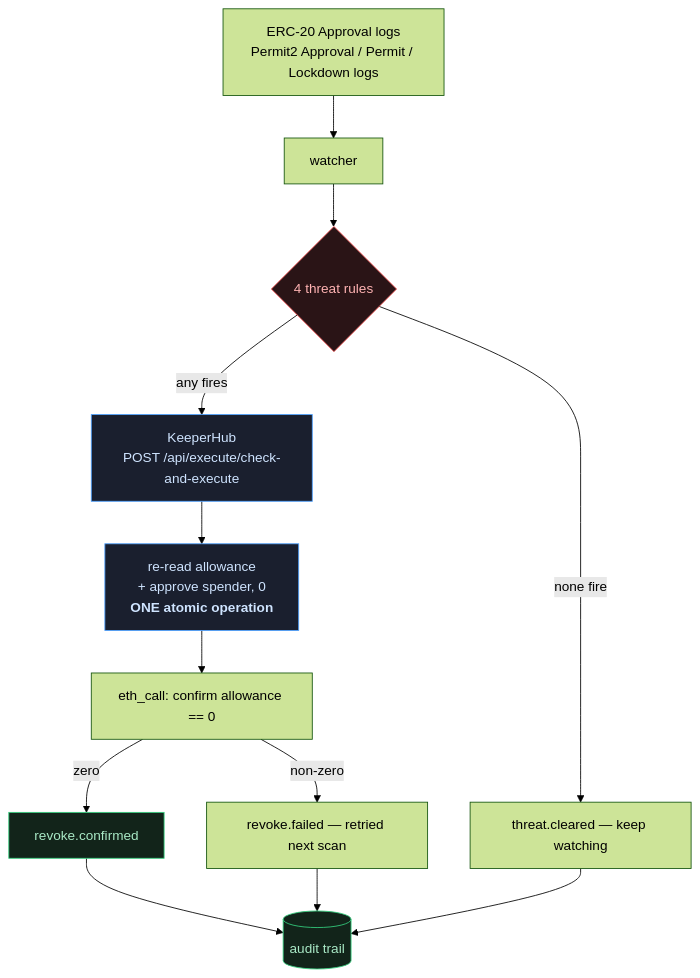
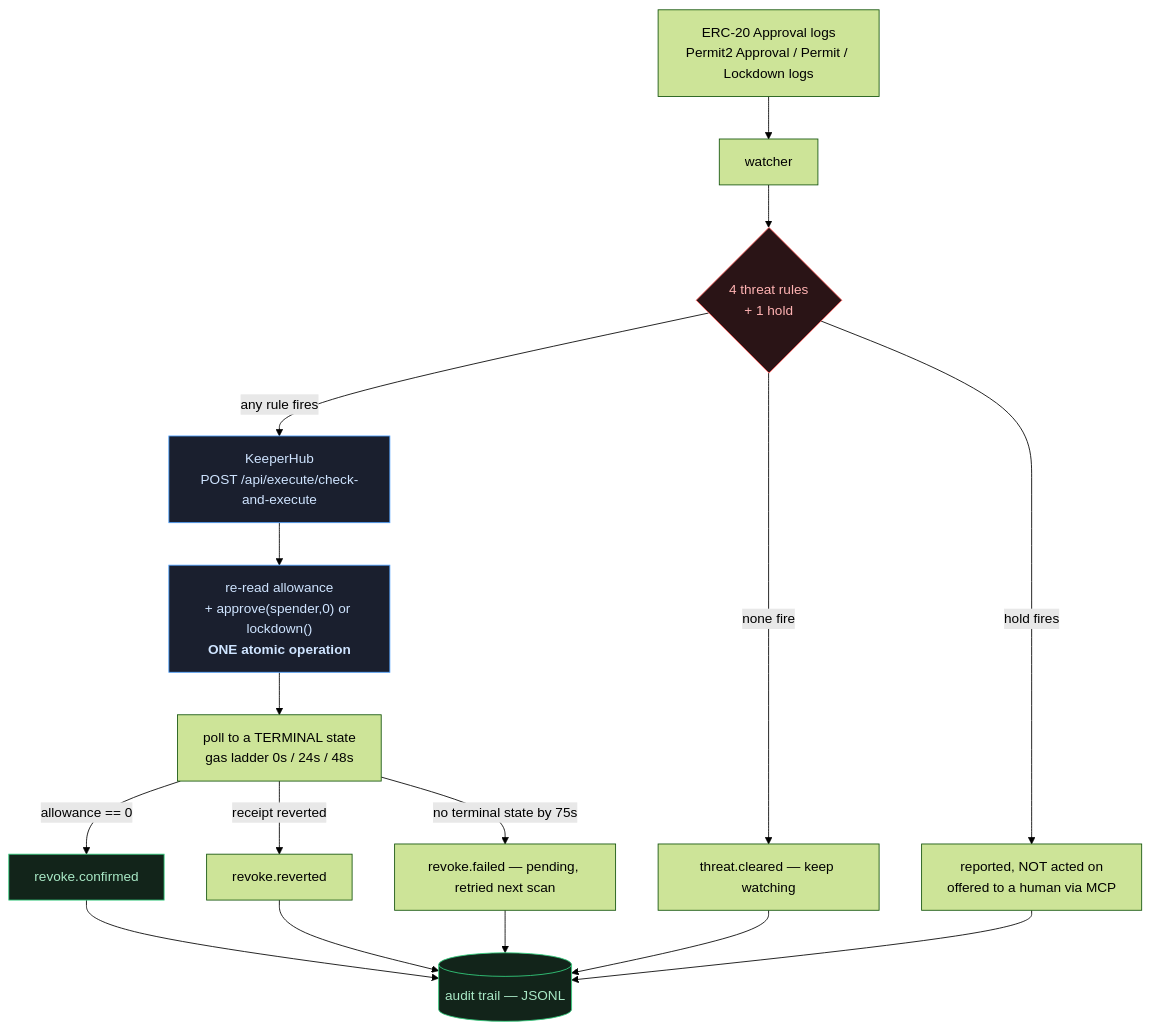
One commit to edycutjong/revoker changed the diagram in README.md. Above: the diagram before and after it, drawn with Mermaid (forest theme). The commit also changed other lines of this file and 7 other files, not shown here.

````diff
--- a/README.md
+++ b/README.md
@@ -124,21 +327,25 @@
 ```mermaid
 flowchart TD
     A["ERC-20 Approval logs<br/>Permit2 Approval / Permit / Lockdown logs"] --> B[watcher]
-    B --> C{4 threat rules}
+    B --> C{"4 threat rules<br/>+ 1 hold"}
     C -->|none fire| D["threat.cleared — keep watching"]
-    C -->|any fires| E["KeeperHub<br/>POST /api/execute/check-and-execute"]
-    E --> F["re-read allowance<br/>+ approve spender, 0<br/><b>ONE atomic operation</b>"]
-    F --> G["eth_call: confirm allowance == 0"]
-    G -->|zero| H["revoke.confirmed"]
-    G -->|non-zero| I["revoke.failed — retried next scan"]
-    H --> J[("audit trail")]
+    C -->|hold fires| K["reported, NOT acted on<br/>offered to a human via MCP"]
+    C -->|any rule fires| E["KeeperHub<br/>POST /api/execute/check-and-execute"]
+    E --> F["re-read allowance<br/>+ approve(spender,0) or lockdown()<br/><b>ONE atomic operation</b>"]
+    F --> G["poll to a TERMINAL state<br/>gas ladder 0s / 24s / 48s"]
+    G -->|allowance == 0| H["revoke.confirmed"]
+    G -->|receipt reverted| I["revoke.reverted"]
+    G -->|no terminal state by 75s| P["revoke.failed — pending, retried next scan"]
+    H --> J[("audit trail — JSONL")]
     I --> J
+    P --> J
     D --> J
+    K --> J
 
     classDef threat fill:#2a1416,stroke:#ff5c5c,color:#ffb3b3
     classDef act fill:#1a1f2e,stroke:#4ea1ff,color:#cfe4ff
     classDef ok fill:#12241a,stroke:#35d07f,color:#a9e9c6
     class C threat
     class E,F act
     class H,J ok
 ```
````
